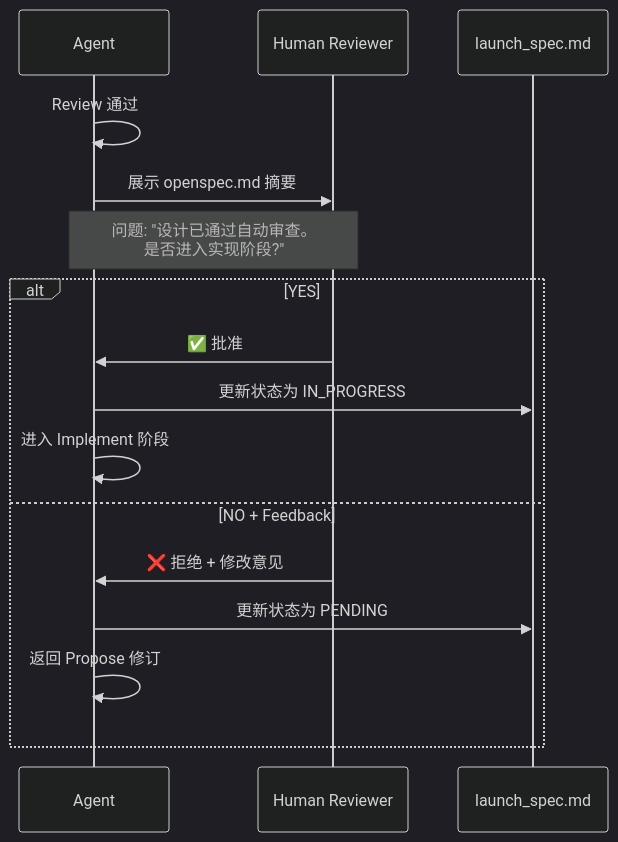
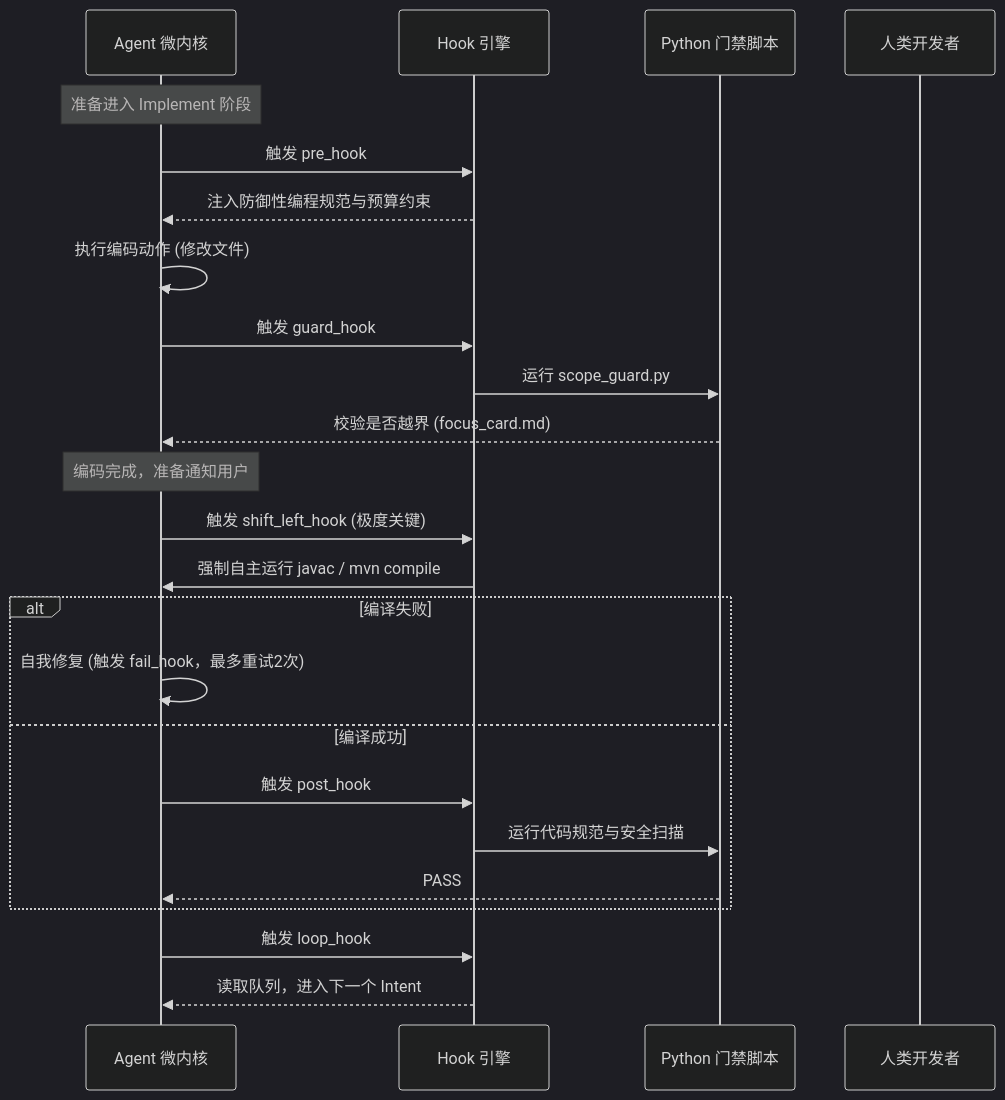
One commit to listener-He/java-harness-agent changed the fourth of 5 diagrams in ENGINEERING_MANUAL_zh.md. Above: the diagram before and after it, drawn with Mermaid (dark theme). The commit also changed other lines of this file and 37 other files, not shown here.

````diff
--- a/ENGINEERING_MANUAL_zh.md
+++ b/ENGINEERING_MANUAL_zh.md
@@ -2165,20 +426,30 @@
 ```mermaid
 sequenceDiagram
-    participant Agent as Agent
-    participant Human as Human Reviewer
-    participant Spec as launch_spec.md
+    participant Agent as Agent 微内核
+    participant Hook as Hook 引擎
+    participant Gate as Python 门禁脚本
+    participant Human as 人类开发者
     
-    Agent->>Agent: Review 通过
-    Agent->>Human: 展示 openspec.md 摘要
-    Note over Agent,Human: 问题: "设计已通过自动审查。<br/>是否进入实现阶段?"
+    Note over Agent: 准备进入 Implement 阶段
+    Agent->>Hook: 触发 pre_hook
+    Hook-->>Agent: 注入防御性编程规范与预算约束
     
-    alt YES
-        Human->>Agent: ✅ 批准
-        Agent->>Spec: 更新状态为 IN_PROGRESS
-        Agent->>Agent: 进入 Implement 阶段
-    else NO + Feedback
-        Human->>Agent: ❌ 拒绝 + 修改意见
-        Agent->>Spec: 更新状态为 PENDING
-        Agent->>Agent: 返回 Propose 修订
+    Agent->>Agent: 执行编码动作 (修改文件)
+    Agent->>Hook: 触发 guard_hook
+    Hook->>Gate: 运行 scope_guard.py
+    Gate-->>Agent: 校验是否越界 (focus_card.md)
+    
+    Note over Agent: 编码完成，准备通知用户
+    Agent->>Hook: 触发 shift_left_hook (极度关键)
+    Hook->>Agent: 强制自主运行 javac / mvn compile
+    alt 编译失败
+        Agent->>Agent: 自我修复 (触发 fail_hook，最多重试2次)
+    else 编译成功
+        Agent->>Hook: 触发 post_hook
+        Hook->>Gate: 运行代码规范与安全扫描
+        Gate-->>Agent: PASS
     end
+    
+    Agent->>Hook: 触发 loop_hook
+    Hook-->>Agent: 读取队列，进入下一个 Intent
 ```
````
